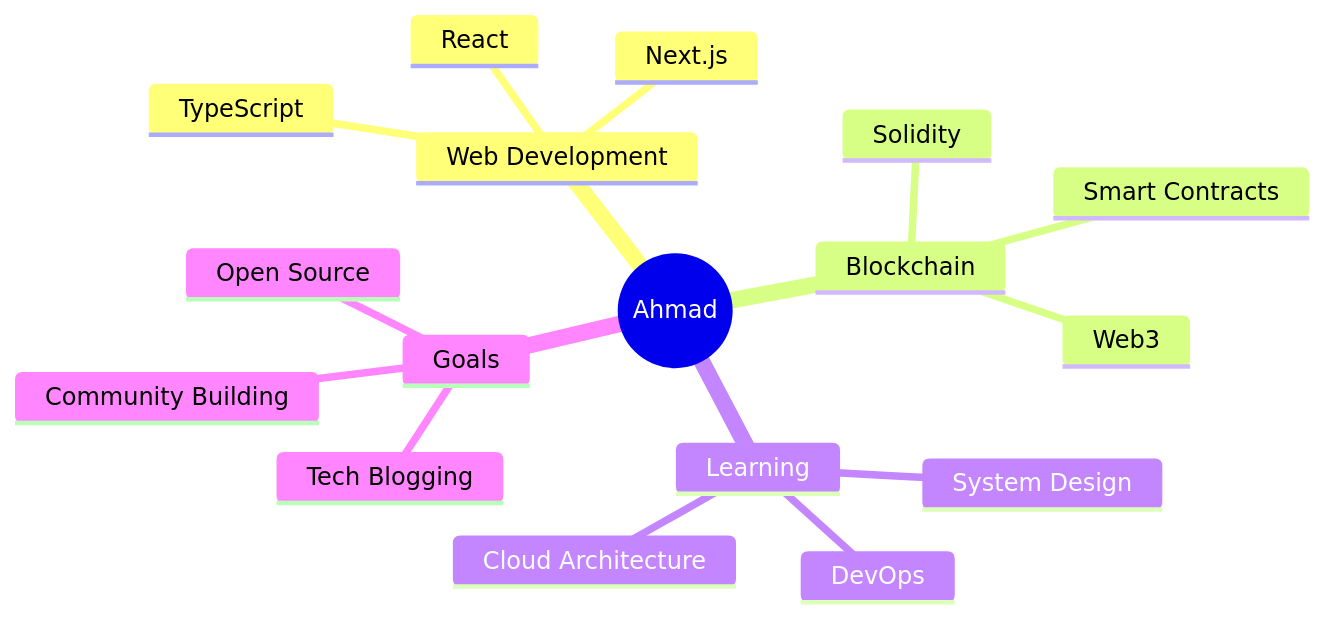
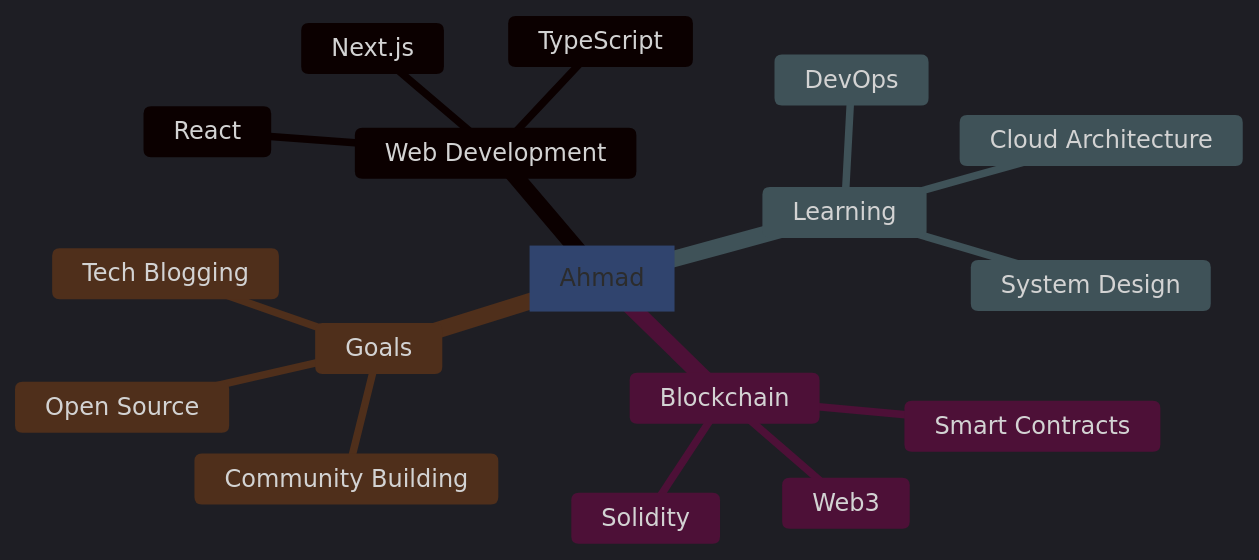
One commit to ahmadparizaad/ahmadparizaad changed the diagram in README.md. Above: the diagram before and after it, drawn with Mermaid. The commit also changed other lines of this file, not shown here.

Commit message:
Update Mermaid diagram syntax in README.md

````diff
--- a/README.md
+++ b/README.md
@@ -192,20 +192,32 @@
 ```mermaid
+%%{init: {
+  "theme": "dark",
+  "themeVariables": {
+    "background": "#0D1117",
+    "primaryColor": "#1f2937",
+    "primaryTextColor": "#e5e7eb",
+    "primaryBorderColor": "#00D9FF",
+    "lineColor": "#00D9FF",
+    "secondaryColor": "#111827",
+    "tertiaryColor": "#020617"
+  }
+}}%%
 mindmap
-  root((Ahmad))
+  root[Ahmad]
     Web Development
       Next.js
       React
       TypeScript
     Blockchain
       Solidity
       Smart Contracts
       Web3
     Learning
       System Design
       Cloud Architecture
       DevOps
     Goals
       Open Source
       Tech Blogging
       Community Building
 ```
````
